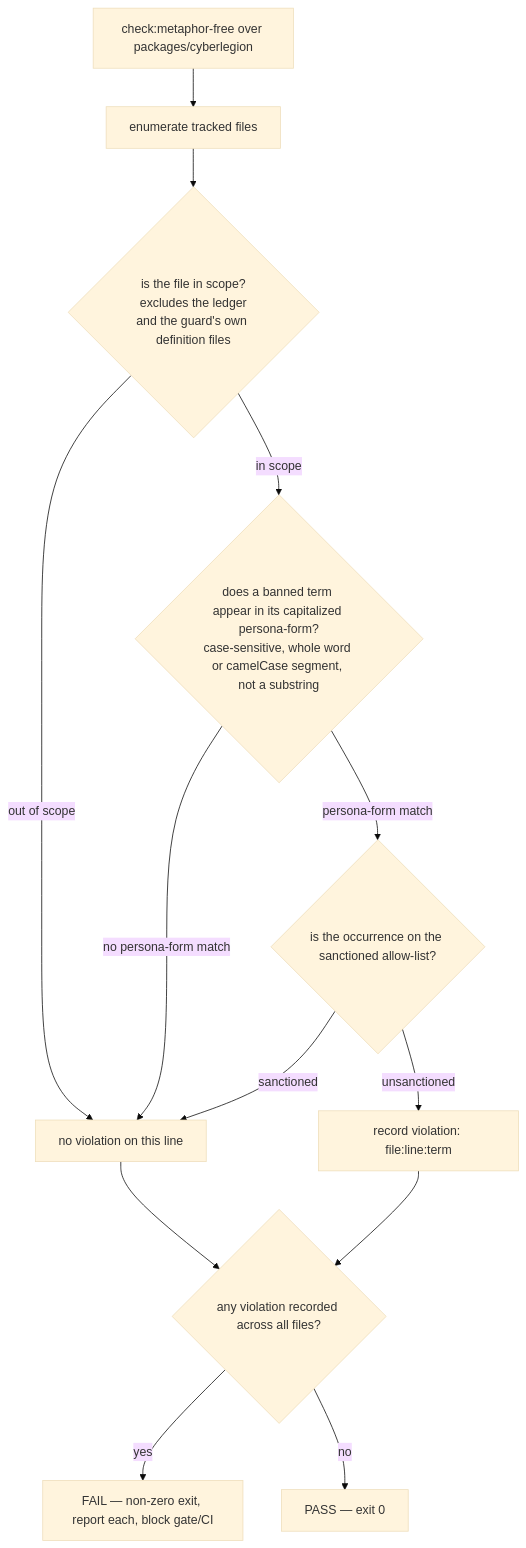
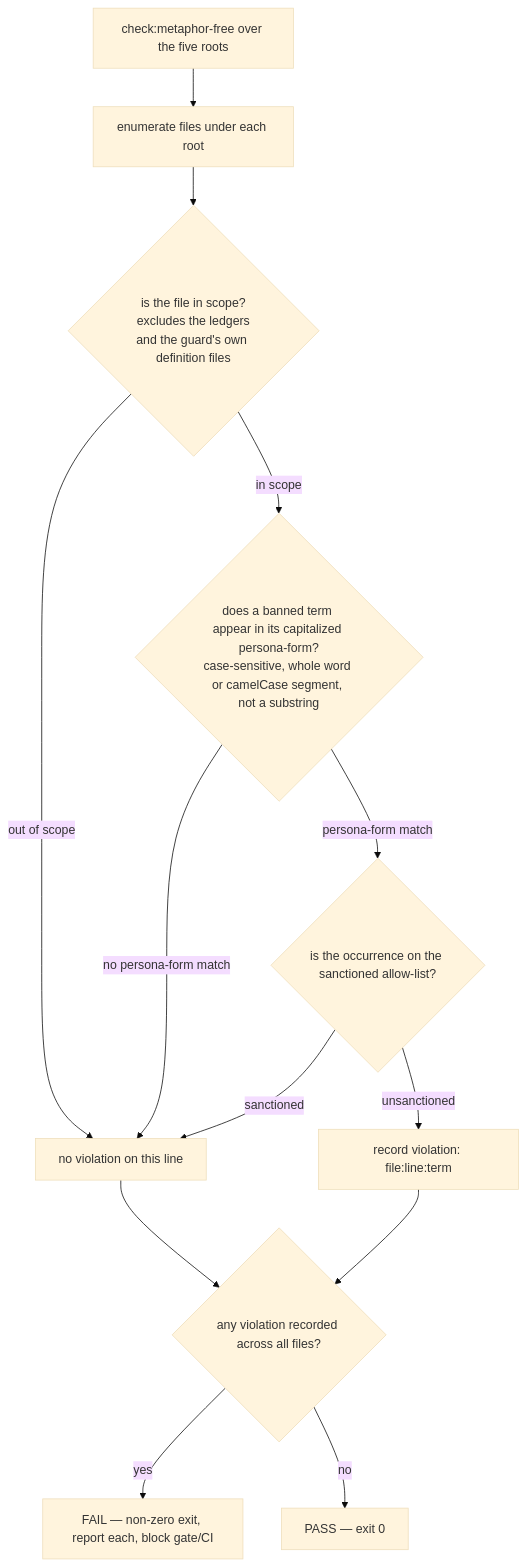
The diagram in packages/cyberlegion/.agents/spec/metaphor-free/README.md (cyberuni/cyberlegion), drawn with Mermaid (base theme) before and after one commit. The commit also changed other lines of this file and 14 other files, not shown here.

First line of the commit message:
Extend the metaphor-free guard to the plugin layer and its spec (#29) (#42)

````diff
--- a/packages/cyberlegion/.agents/spec/metaphor-free/README.md
+++ b/packages/cyberlegion/.agents/spec/metaphor-free/README.md
@@ -100,15 +115,15 @@
 ```mermaid
 graph TD
-  A[check:metaphor-free over packages/cyberlegion] --> B[enumerate tracked files]
-  B --> S{is the file in scope?<br/>excludes the ledger<br/>and the guard's own definition files}
+  A[check:metaphor-free over the five roots] --> B[enumerate files under each root]
+  B --> S{is the file in scope?<br/>excludes the ledgers<br/>and the guard's own definition files}
   S -->|out of scope| G[no violation on this line]
   S -->|in scope| C{does a banned term appear in its capitalized persona-form?<br/>case-sensitive, whole word or camelCase segment, not a substring}
   C -->|no persona-form match| G
   C -->|persona-form match| D{is the occurrence on the sanctioned allow-list?}
   D -->|sanctioned| G
   D -->|unsanctioned| E[record violation: file:line:term]
   G --> F{any violation recorded across all files?}
   E --> F
   F -->|yes| H[FAIL — non-zero exit, report each, block gate/CI]
   F -->|no| I[PASS — exit 0]
 ```
````
